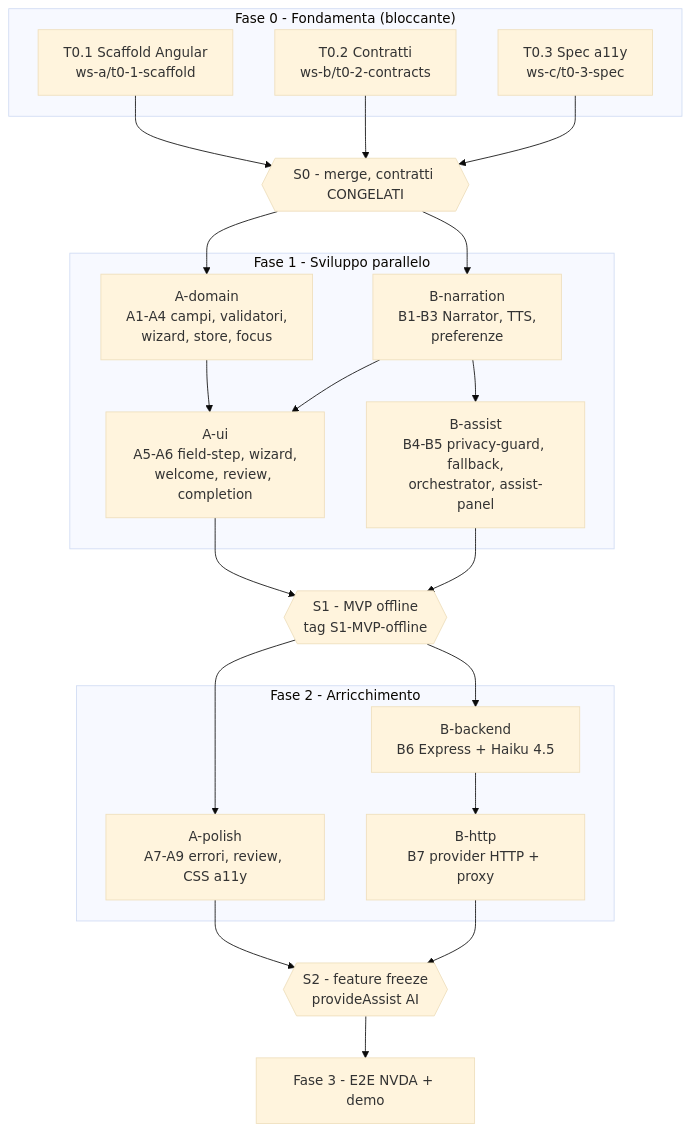
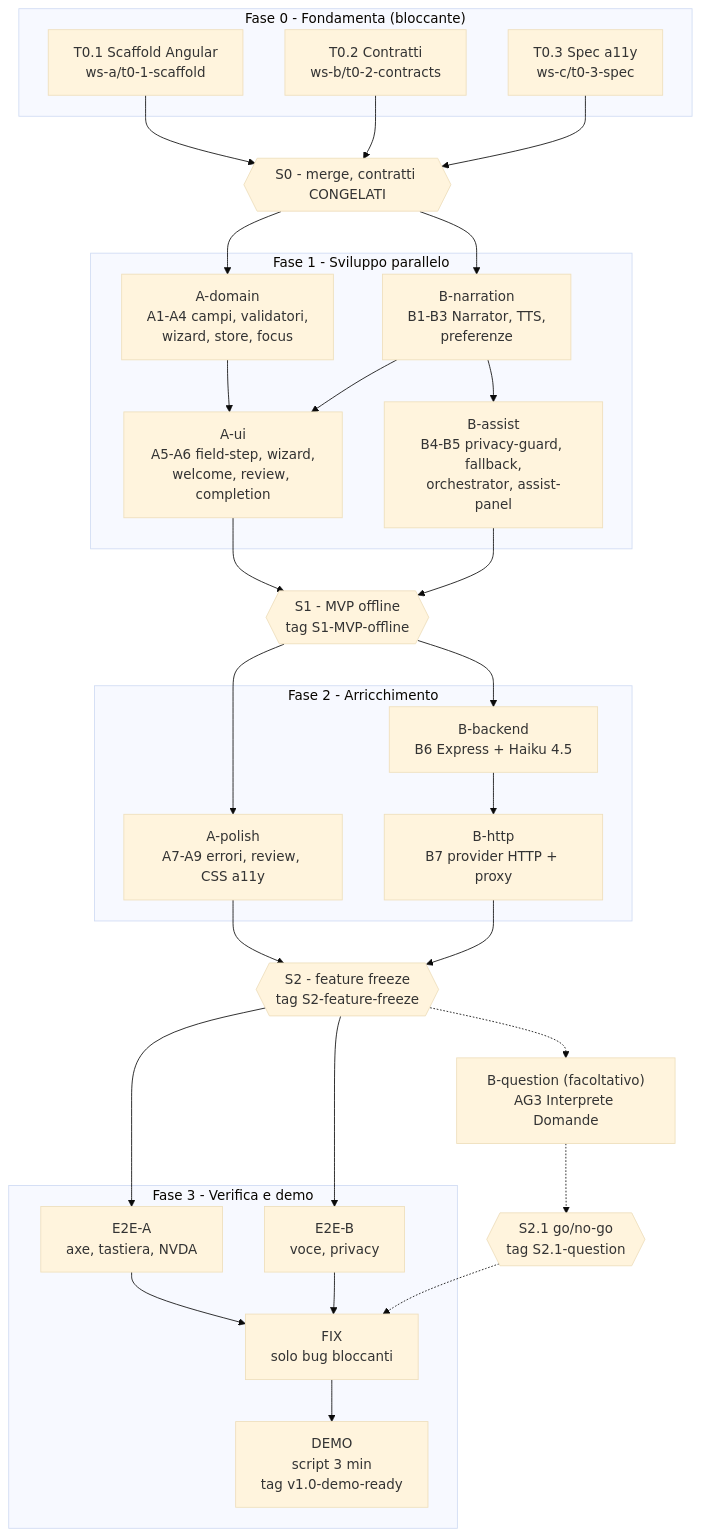
One commit to giusmalla-acn/hackathon changed the fourth of 5 diagrams in presentation/percorso-progetto.md. Above: the diagram before and after it, drawn with Mermaid (base theme). The commit also changed other lines of this file, not shown here.

````diff
--- a/presentation/percorso-progetto.md
+++ b/presentation/percorso-progetto.md
@@ -262,31 +281,43 @@
 ```mermaid
 flowchart TD
     subgraph F0["Fase 0 - Fondamenta (bloccante)"]
         T01["T0.1 Scaffold Angular<br/>ws-a/t0-1-scaffold"]
         T02["T0.2 Contratti<br/>ws-b/t0-2-contracts"]
         T03["T0.3 Spec a11y<br/>ws-c/t0-3-spec"]
     end
     T01 & T02 & T03 --> S0{{"S0 - merge, contratti CONGELATI"}}
 
     subgraph F1["Fase 1 - Sviluppo parallelo"]
         AD["A-domain<br/>A1-A4 campi, validatori,<br/>wizard, store, focus"]
         BN["B-narration<br/>B1-B3 Narrator, TTS,<br/>preferenze"]
         AU["A-ui<br/>A5-A6 field-step, wizard,<br/>welcome, review, completion"]
         BA["B-assist<br/>B4-B5 privacy-guard, fallback,<br/>orchestrator, assist-panel"]
         AD --> AU
         BN --> AU
         BN --> BA
     end
     S0 --> AD & BN
     AU & BA --> S1{{"S1 - MVP offline<br/>tag S1-MVP-offline"}}
 
     subgraph F2["Fase 2 - Arricchimento"]
         AP["A-polish<br/>A7-A9 errori, review, CSS a11y"]
         BB["B-backend<br/>B6 Express + Haiku 4.5"]
         BH["B-http<br/>B7 provider HTTP + proxy"]
         BB --> BH
     end
     S1 --> AP & BB
-    AP & BH --> S2{{"S2 - feature freeze<br/>provideAssist AI"}}
-    S2 --> F3["Fase 3 - E2E NVDA + demo"]
+    AP & BH --> S2{{"S2 - feature freeze<br/>tag S2-feature-freeze"}}
+
+    S2 -.-> BQ["B-question (facoltativo)<br/>AG3 Interprete Domande"]
+    BQ -.-> S21{{"S2.1 go/no-go<br/>tag S2.1-question"}}
+
+    subgraph F3["Fase 3 - Verifica e demo"]
+        QA["E2E-A<br/>axe, tastiera, NVDA"]
+        QB["E2E-B<br/>voce, privacy"]
+        FIX["FIX<br/>solo bug bloccanti"]
+        DEMO["DEMO<br/>script 3 min<br/>tag v1.0-demo-ready"]
+        QA & QB --> FIX --> DEMO
+    end
+    S2 --> QA & QB
+    S21 -.-> FIX
 ```
````
